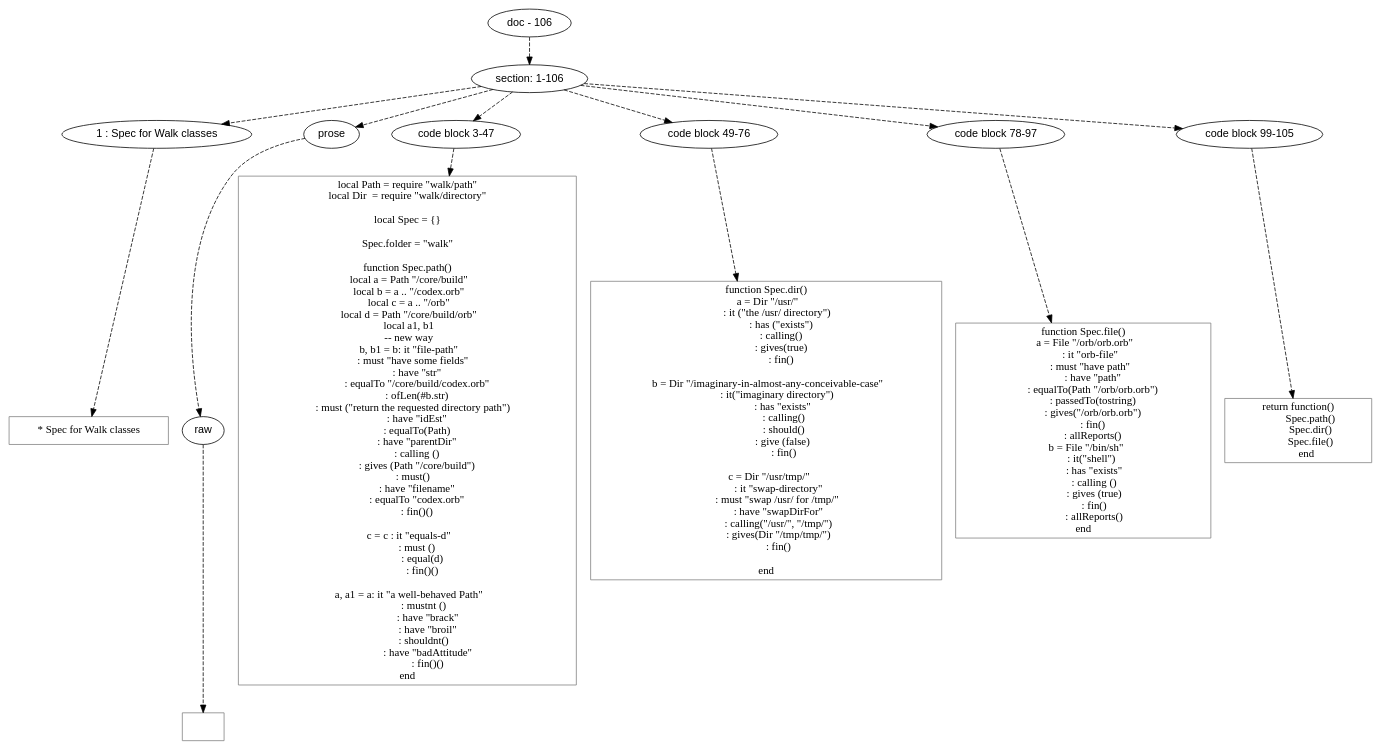
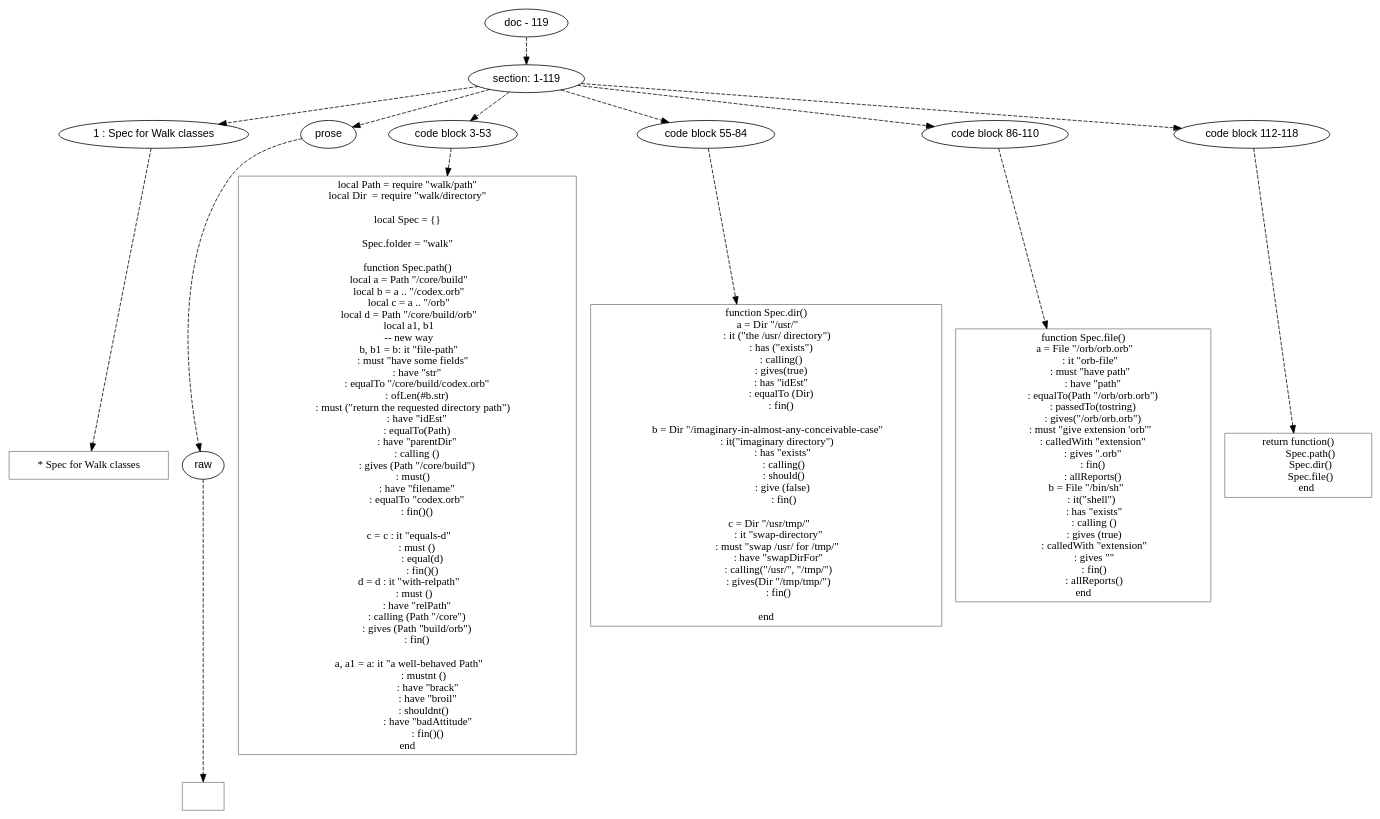
One commit to mnemnion/orb changed the diagram in doc/dot/spec/walk-spec.dot. Above: the diagram before and after it, drawn with Graphviz. The commit also changed 42 other files, not shown here.

```diff
--- a/doc/dot/spec/walk-spec.dot
+++ b/doc/dot/spec/walk-spec.dot
@@ -1,157 +1,170 @@
 digraph lpegNode {
 
 node [fontname=Helvetica]
 edge [style=dashed]
 
-doc_0 [label="doc - 106"]
+doc_0 [label="doc - 119"]
 
 
 doc_0 -> { section_1}
 {rank=same; section_1}
 
-section_1 [label="section: 1-106"]
+section_1 [label="section: 1-119"]
 
 
 // END RANK doc_0
 
 section_1 -> { header_2 prose_3 codeblock_4 codeblock_5 codeblock_6 codeblock_7}
 {rank=same; header_2 prose_3 codeblock_4 codeblock_5 codeblock_6 codeblock_7}
 
 header_2 [label="1 : Spec for Walk classes"]
 
 prose_3 [label="prose"]
 
-codeblock_4 [label="code block 3-47"]
+codeblock_4 [label="code block 3-53"]
 
-codeblock_5 [label="code block 49-76"]
+codeblock_5 [label="code block 55-84"]
 
-codeblock_6 [label="code block 78-97"]
+codeblock_6 [label="code block 86-110"]
 
-codeblock_7 [label="code block 99-105"]
+codeblock_7 [label="code block 112-118"]
 
 
 // END RANK section_1
 
 header_2 -> leaf_8
 leaf_8  [color=Gray,shape=rectangle,fontname=Inconsolata,label="* Spec for Walk classes"]
 // END RANK header_2
 
 prose_3 -> { raw_9}
 {rank=same; raw_9}
 
 raw_9 [label="raw"]
 
 
 // END RANK prose_3
 
 raw_9 -> leaf_10
 leaf_10  [color=Gray,shape=rectangle,fontname=Inconsolata,label="
 "]
 // END RANK raw_9
 
 codeblock_4 -> leaf_11
 leaf_11  [color=Gray,shape=rectangle,fontname=Inconsolata,label="local Path = require \"walk/path\"
 local Dir  = require \"walk/directory\"
 
 local Spec = {}
 
 Spec.folder = \"walk\"
 
 function Spec.path()
   local a = Path \"/core/build\"
   local b = a .. \"/codex.orb\"
   local c = a .. \"/orb\"
   local d = Path \"/core/build/orb\"
   local a1, b1
   -- new way
   b, b1 = b: it \"file-path\"
      : must \"have some fields\"
         : have \"str\"
         : equalTo \"/core/build/codex.orb\"
         : ofLen(#b.str)
      : must (\"return the requested directory path\")
         : have \"idEst\"
         : equalTo(Path)
         : have \"parentDir\"
         : calling ()
         : gives (Path \"/core/build\")
      : must()
         : have \"filename\"
         : equalTo \"codex.orb\"
         : fin()()
 
   c = c : it \"equals-d\"
         : must ()
             : equal(d)
             : fin()()
+  d = d : it \"with-relpath\"
+      : must ()
+        : have \"relPath\"
+        : calling (Path \"/core\")
+        : gives (Path \"build/orb\")
+        : fin()
 
   a, a1 = a: it \"a well-behaved Path\"
              : mustnt ()
                 : have \"brack\"
                 : have \"broil\"
              : shouldnt()
                 : have \"badAttitude\"
                 : fin()()
 end"]
 // END RANK codeblock_4
 
 codeblock_5 -> leaf_12
 leaf_12  [color=Gray,shape=rectangle,fontname=Inconsolata,label="function Spec.dir()
   a = Dir \"/usr/\"
          : it (\"the /usr/ directory\")
             : has (\"exists\")
             : calling()
             : gives(true)
+            : has \"idEst\"
+            : equalTo (Dir)
             : fin()
 
   b = Dir \"/imaginary-in-almost-any-conceivable-case\"
          : it(\"imaginary directory\")
              : has \"exists\"
               : calling()
               : should()
              : give (false)
               : fin()
 
    c = Dir \"/usr/tmp/\"
           : it \"swap-directory\"
          : must \"swap /usr/ for /tmp/\"
           : have \"swapDirFor\"
           : calling(\"/usr/\", \"/tmp/\")
           : gives(Dir \"/tmp/tmp/\")
           : fin()
 
 end
 "]
 // END RANK codeblock_5
 
 codeblock_6 -> leaf_13
 leaf_13  [color=Gray,shape=rectangle,fontname=Inconsolata,label="function Spec.file()
   a = File \"/orb/orb.orb\"
       : it \"orb-file\"
       : must \"have path\"
         : have \"path\"
         : equalTo(Path \"/orb/orb.orb\")
         : passedTo(tostring)
         : gives(\"/orb/orb.orb\")
+      : must \"give extension 'orb'\"
+        : calledWith \"extension\"
+        : gives \".orb\"
         : fin()
         : allReports()
    b = File \"/bin/sh\"
        : it(\"shell\")
          : has \"exists\"
          : calling ()
          : gives (true)
+         : calledWith \"extension\"
+         : gives \"\"
          : fin()
          : allReports()
 end"]
 // END RANK codeblock_6
 
 codeblock_7 -> leaf_14
 leaf_14  [color=Gray,shape=rectangle,fontname=Inconsolata,label="return function()
           Spec.path()
           Spec.dir()
           Spec.file()
        end"]
 // END RANK codeblock_7
 
 
 }
```
